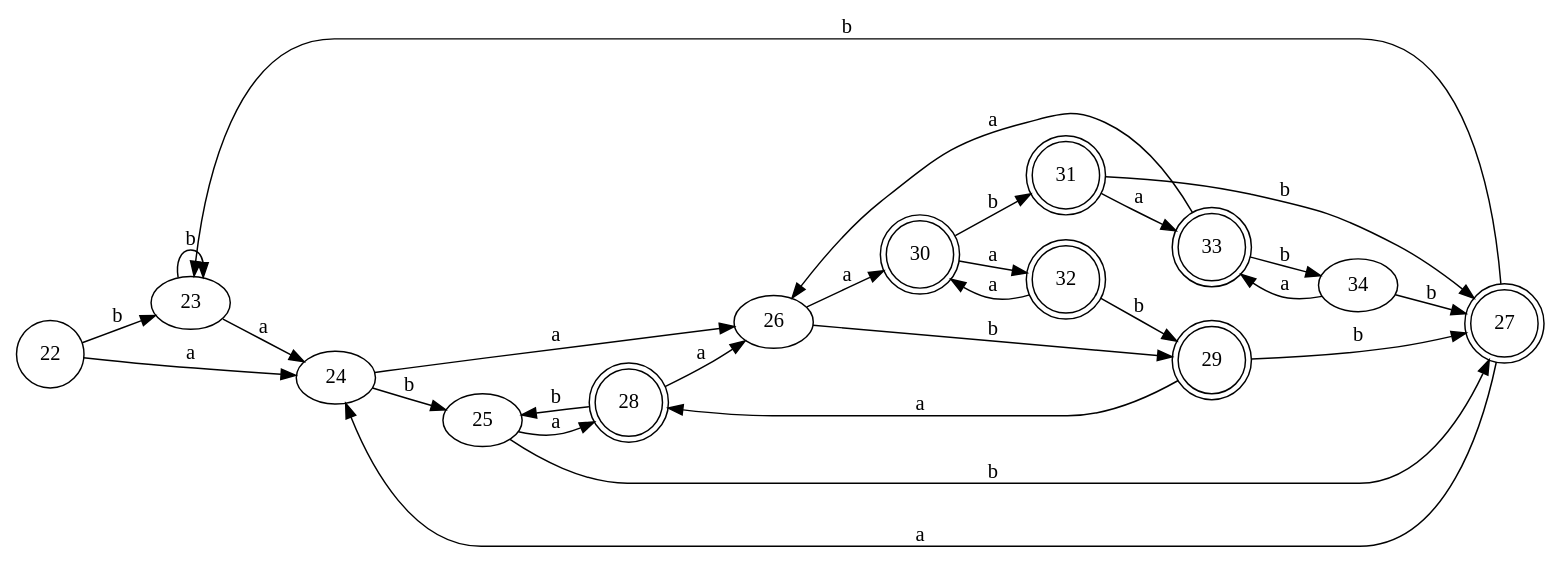
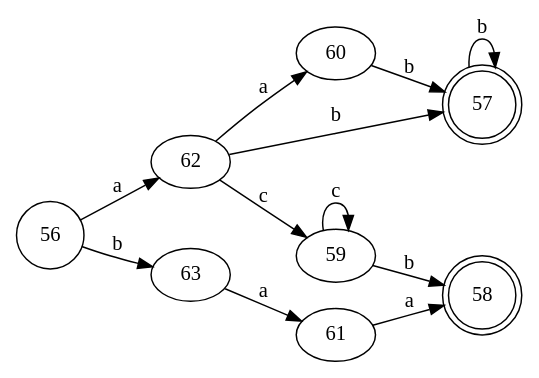
Before and after one commit to bryannalfaro/Dise-odeLenguajes: the diagram in test-output/automata1.gv, drawn with Graphviz. The commit also changed 4 other files, not shown here.

Commit message:
working on graph of minimization

```diff
--- a/test-output/automata1.gv
+++ b/test-output/automata1.gv
@@ -1,37 +1,17 @@
 digraph automata1 {
 	rankdir=LR
-	22 [label=22 shape=circle]
-	27 [label=27 shape=doublecircle]
-	28 [label=28 shape=doublecircle]
-	29 [label=29 shape=doublecircle]
-	30 [label=30 shape=doublecircle]
-	31 [label=31 shape=doublecircle]
-	32 [label=32 shape=doublecircle]
-	33 [label=33 shape=doublecircle]
-	22 -> 23 [label=b]
-	22 -> 24 [label=a]
-	23 -> 23 [label=b]
-	23 -> 24 [label=a]
-	24 -> 25 [label=b]
-	24 -> 26 [label=a]
-	25 -> 27 [label=b]
-	25 -> 28 [label=a]
-	26 -> 29 [label=b]
-	26 -> 30 [label=a]
-	27 -> 23 [label=b]
-	27 -> 24 [label=a]
-	28 -> 25 [label=b]
-	28 -> 26 [label=a]
-	29 -> 27 [label=b]
-	29 -> 28 [label=a]
-	30 -> 31 [label=b]
-	30 -> 32 [label=a]
-	31 -> 27 [label=b]
-	31 -> 33 [label=a]
-	32 -> 29 [label=b]
-	32 -> 30 [label=a]
-	33 -> 34 [label=b]
-	33 -> 26 [label=a]
-	34 -> 27 [label=b]
-	34 -> 33 [label=a]
+	56 [label=56 shape=circle]
+	57 [label=57 shape=doublecircle]
+	58 [label=58 shape=doublecircle]
+	56 -> 62 [label=a]
+	56 -> 63 [label=b]
+	57 -> 57 [label=b]
+	59 -> 58 [label=b]
+	59 -> 59 [label=c]
+	60 -> 57 [label=b]
+	61 -> 58 [label=a]
+	62 -> 60 [label=a]
+	62 -> 57 [label=b]
+	62 -> 59 [label=c]
+	63 -> 61 [label=a]
 }
```
